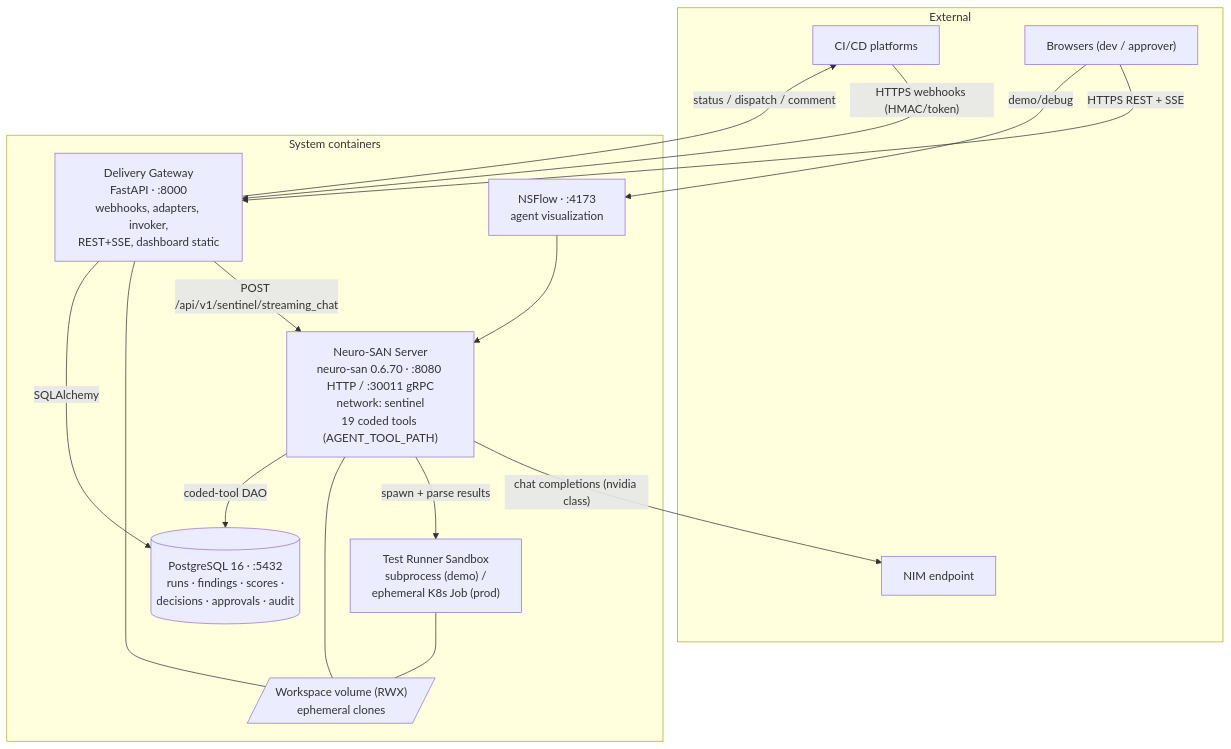
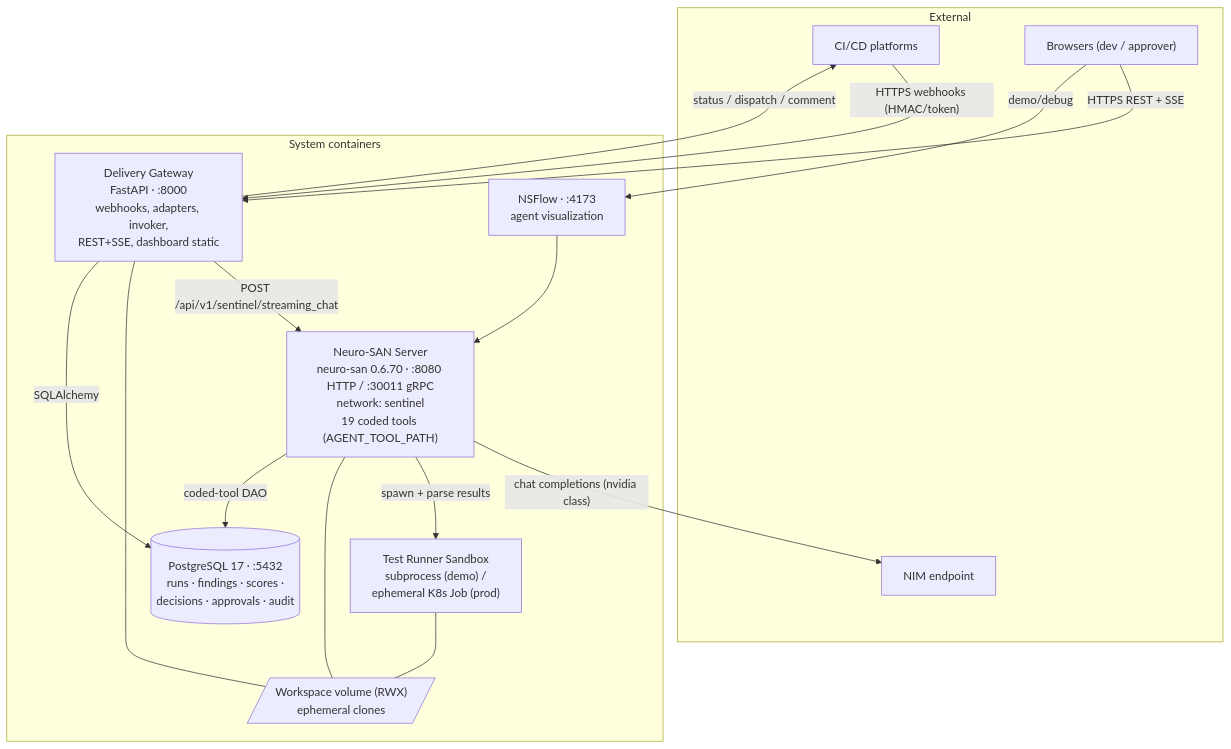
Before and after one commit to anandharshit712/Sentinel: the second of 6 diagrams in docs/solution/05-architecture-diagram.md, drawn with Mermaid. The commit also changed other lines of this file and 8 other files, not shown here.

````diff
--- a/docs/solution/05-architecture-diagram.md
+++ b/docs/solution/05-architecture-diagram.md
@@ -54,31 +54,31 @@
 ```mermaid
 flowchart TB
     subgraph EXT["External"]
         CI["CI/CD platforms"]
         USERS["Browsers (dev / approver)"]
         NIMX["NIM endpoint"]
     end
 
     subgraph SYSTEM["System containers"]
         GW["Delivery Gateway<br/>FastAPI · :8000<br/>webhooks, adapters, invoker,<br/>REST+SSE, dashboard static"]
         NS["Neuro-SAN Server<br/>neuro-san 0.6.70 · :8080 HTTP / :30011 gRPC<br/>network: sentinel<br/>19 coded tools (AGENT_TOOL_PATH)"]
         RUN["Test Runner Sandbox<br/>subprocess (demo) /<br/>ephemeral K8s Job (prod)"]
         NF["NSFlow · :4173<br/>agent visualization"]
-        PG[("PostgreSQL 16 · :5432<br/>runs · findings · scores ·<br/>decisions · approvals · audit")]
+        PG[("PostgreSQL 17 · :5432<br/>runs · findings · scores ·<br/>decisions · approvals · audit")]
         WS[/"Workspace volume (RWX)<br/>ephemeral clones"/]
     end
 
     CI -->|"HTTPS webhooks (HMAC/token)"| GW
     GW -->|"POST /api/v1/sentinel/streaming_chat"| NS
     NS -->|"chat completions (nvidia class)"| NIMX
     NS -->|"spawn + parse results"| RUN
     RUN --- WS
     GW --- WS
     NS --- WS
     GW -->|"SQLAlchemy"| PG
     NS -->|"coded-tool DAO"| PG
     USERS -->|"HTTPS REST + SSE"| GW
     USERS -->|"demo/debug"| NF
     NF --> NS
     GW -->|"status / dispatch / comment"| CI
 ```
````
